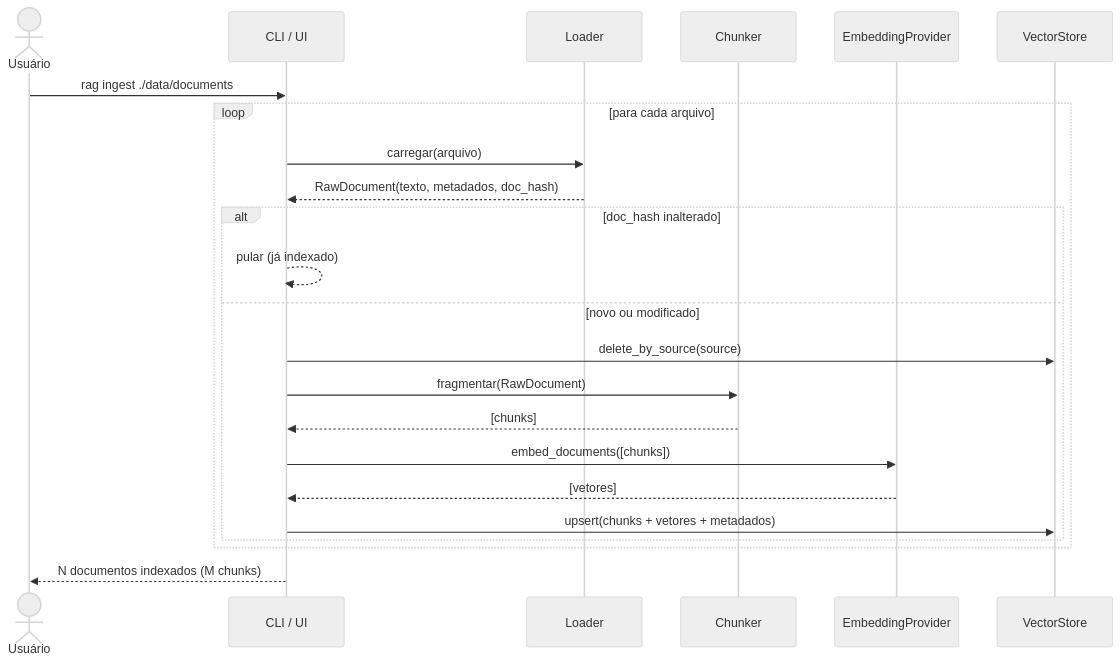
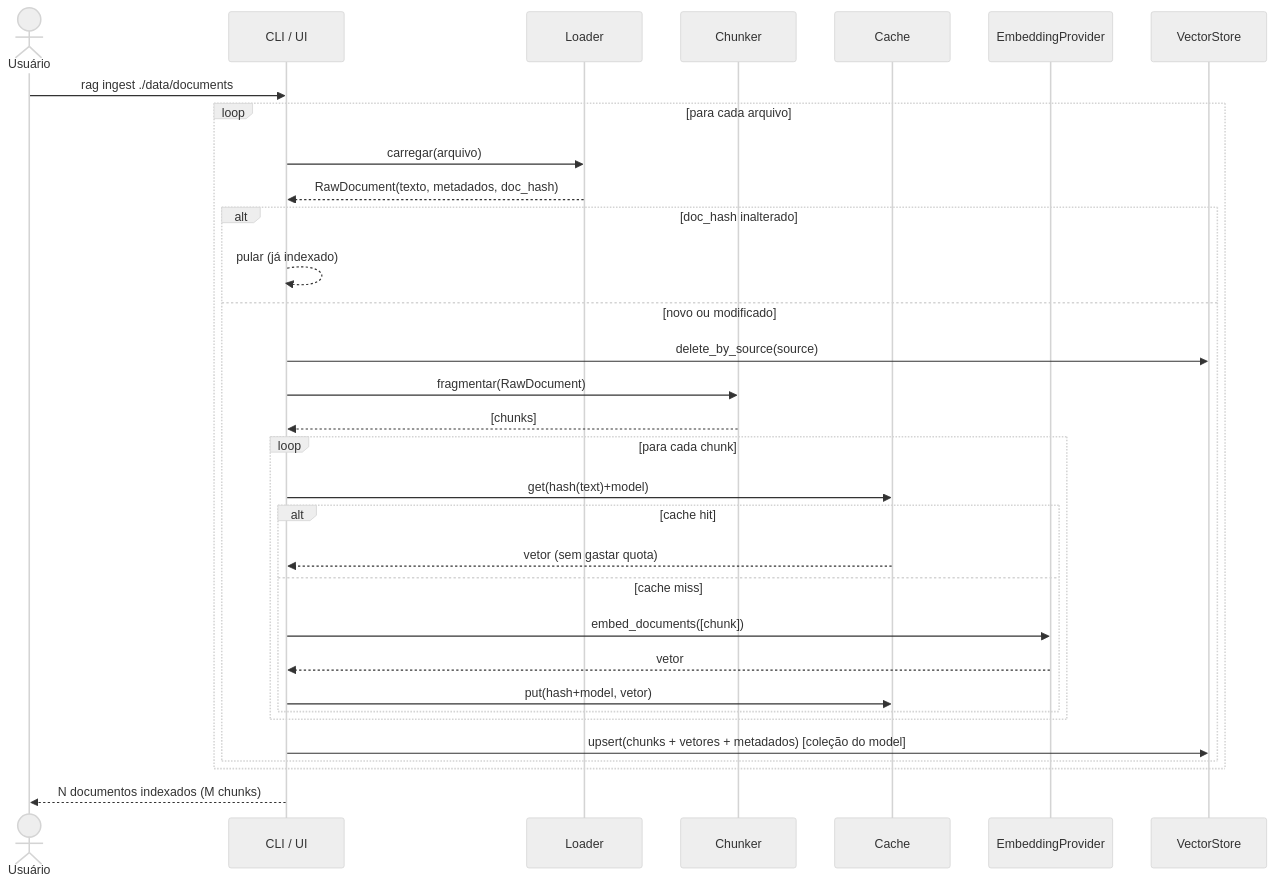
One commit to mathfrancisco/Personal-RAG-Assistant changed the third of 11 diagrams in 03_DIAGRAMAS_mermaid.md. Above: the diagram before and after it, drawn with Mermaid (neutral theme). The commit also changed other lines of this file and 1 other file, not shown here.

First line of the commit message:
docs: enrich diagrams (cache/quota/fallback) + detailed phase plan

````diff
--- a/03_DIAGRAMAS_mermaid.md
+++ b/03_DIAGRAMAS_mermaid.md
@@ -97,26 +108,35 @@
 ```mermaid
 sequenceDiagram
     actor U as Usuário
     participant CLI as CLI / UI
     participant L as Loader
     participant CH as Chunker
+    participant C as Cache
     participant E as EmbeddingProvider
     participant VS as VectorStore
 
     U->>CLI: rag ingest ./data/documents
     loop para cada arquivo
         CLI->>L: carregar(arquivo)
         L-->>CLI: RawDocument(texto, metadados, doc_hash)
         alt doc_hash inalterado
             CLI-->>CLI: pular (já indexado)
         else novo ou modificado
             CLI->>VS: delete_by_source(source)
             CLI->>CH: fragmentar(RawDocument)
             CH-->>CLI: [chunks]
-            CLI->>E: embed_documents([chunks])
-            E-->>CLI: [vetores]
-            CLI->>VS: upsert(chunks + vetores + metadados)
+            loop para cada chunk
+                CLI->>C: get(hash(text)+model)
+                alt cache hit
+                    C-->>CLI: vetor (sem gastar quota)
+                else cache miss
+                    CLI->>E: embed_documents([chunk])
+                    E-->>CLI: vetor
+                    CLI->>C: put(hash+model, vetor)
+                end
+            end
+            CLI->>VS: upsert(chunks + vetores + metadados) [coleção do model]
         end
     end
     CLI-->>U: N documentos indexados (M chunks)
 ```
````
